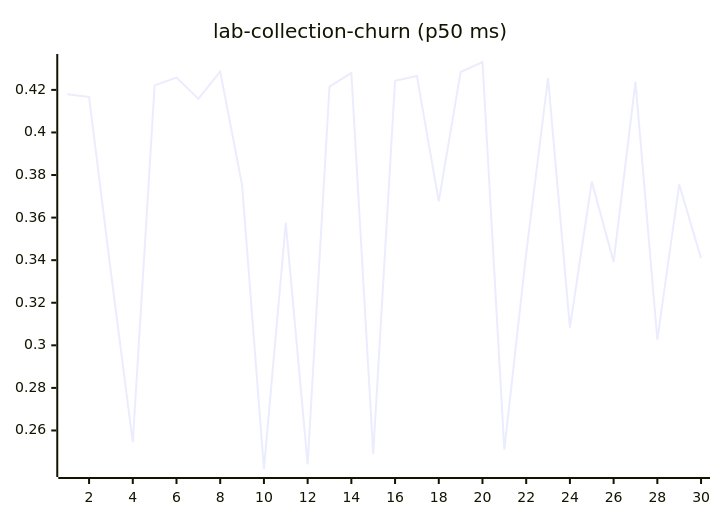
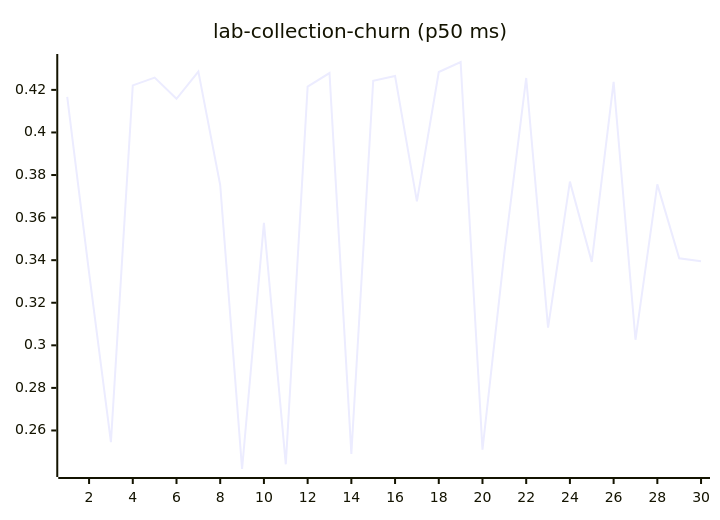
Diagram 11 of 27 in README.md (josha/Facet), drawn with Mermaid before and after one commit. The commit also changed other lines of this file and 2 other files, not shown here.

````diff
--- a/README.md
+++ b/README.md
@@ -133,6 +133,6 @@
 ```mermaid
 xychart-beta
     title "lab-collection-churn (p50 ms)"
     x-axis 1 --> 30
-    line [0.4180, 0.4167, 0.3342, 0.2545, 0.4221, 0.4258, 0.4158, 0.4286, 0.3753, 0.2419, 0.3575, 0.2441, 0.4215, 0.4279, 0.2490, 0.4243, 0.4265, 0.3676, 0.4284, 0.4331, 0.2510, 0.3432, 0.4256, 0.3083, 0.3769, 0.3392, 0.4238, 0.3026, 0.3756, 0.3409]
+    line [0.4167, 0.3342, 0.2545, 0.4221, 0.4258, 0.4158, 0.4286, 0.3753, 0.2419, 0.3575, 0.2441, 0.4215, 0.4279, 0.2490, 0.4243, 0.4265, 0.3676, 0.4284, 0.4331, 0.2510, 0.3432, 0.4256, 0.3083, 0.3769, 0.3392, 0.4238, 0.3026, 0.3756, 0.3409, 0.3395]
 ```
````
